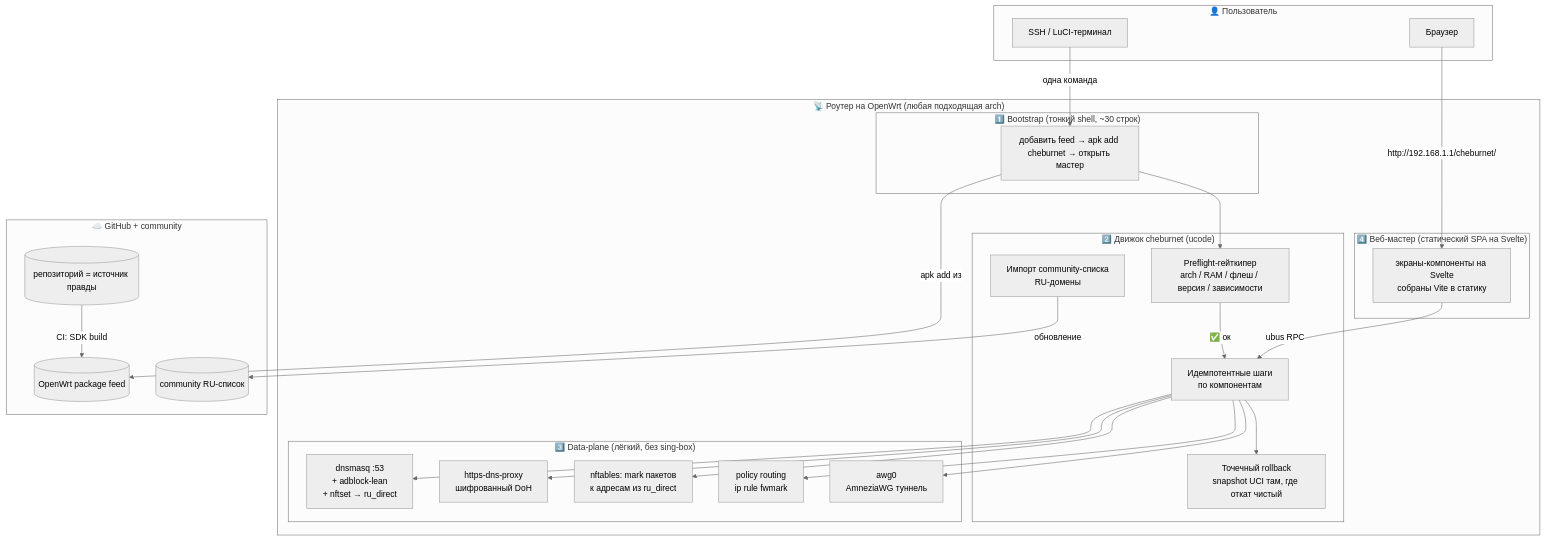
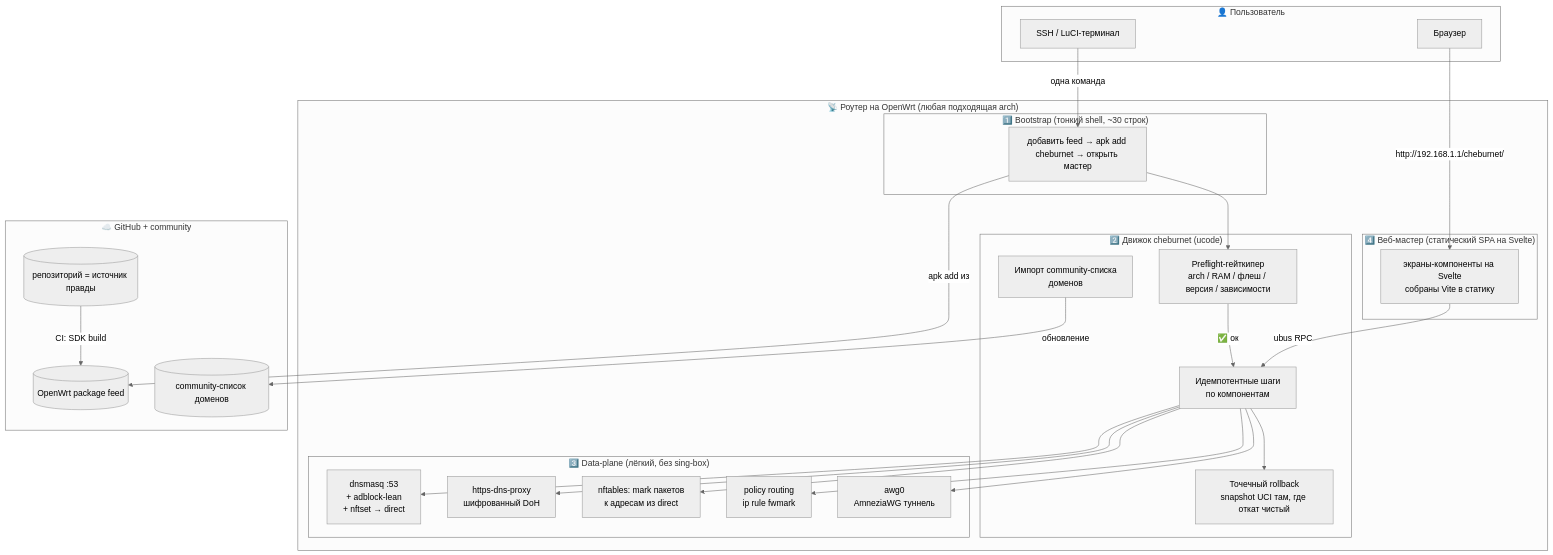
One commit to andreiyurik/cheburnet-router changed the first of 5 diagrams in docs/architecture-v2.md. Above: the diagram before and after it, drawn with Mermaid (neutral theme). The commit also changed other lines of this file and 37 other files, not shown here.

````diff
--- a/docs/architecture-v2.md
+++ b/docs/architecture-v2.md
@@ -46,49 +46,49 @@
 ```mermaid
 flowchart TB
     subgraph User["👤 Пользователь"]
         browser[Браузер]
         ssh[SSH / LuCI-терминал]
     end
 
     subgraph Router["📡 Роутер на OpenWrt (любая подходящая arch)"]
         subgraph L1["1️⃣ Bootstrap (тонкий shell, ~30 строк)"]
             boot[добавить feed → apk add cheburnet → открыть мастер]
         end
 
         subgraph L2["2️⃣ Движок cheburnet (ucode)"]
             preflight[Preflight-гейткипер<br/>arch / RAM / флеш / версия / зависимости]
             steps[Идемпотентные шаги<br/>по компонентам]
             rollback[Точечный rollback<br/>snapshot UCI там, где откат чистый]
-            list[Импорт community-списка<br/>RU-домены]
+            list[Импорт community-списка<br/>доменов]
         end
 
         subgraph L3["3️⃣ Data-plane (лёгкий, без sing-box)"]
-            dnsmasq[dnsmasq :53<br/>+ adblock-lean<br/>+ nftset → ru_direct]
+            dnsmasq[dnsmasq :53<br/>+ adblock-lean<br/>+ nftset → direct]
             doh[https-dns-proxy<br/>шифрованный DoH]
-            nft[nftables: mark пакетов<br/>к адресам из ru_direct]
+            nft[nftables: mark пакетов<br/>к адресам из direct]
             iprule[policy routing<br/>ip rule fwmark]
             awg0[awg0<br/>AmneziaWG туннель]
         end
 
         subgraph L4["4️⃣ Веб-мастер (статический SPA на Svelte)"]
             wizard[экраны-компоненты на Svelte<br/>собраны Vite в статику]
         end
     end
 
     subgraph Cloud["☁️ GitHub + community"]
         repo[(репозиторий = источник правды)]
         feed[(OpenWrt package feed)]
-        rulelist[(community RU-список)]
+        rulelist[(community-список доменов)]
     end
 
     ssh -->|одна команда| boot
     boot -->|apk add из| feed
     boot --> preflight
     preflight -->|✅ ок| steps
     steps --> rollback
     list -->|обновление| rulelist
     steps --> dnsmasq & doh & nft & iprule & awg0
     browser -->|http://192.168.1.1/cheburnet/| wizard
     wizard -->|ubus RPC| steps
     repo -->|CI: SDK build| feed
 ```
````
